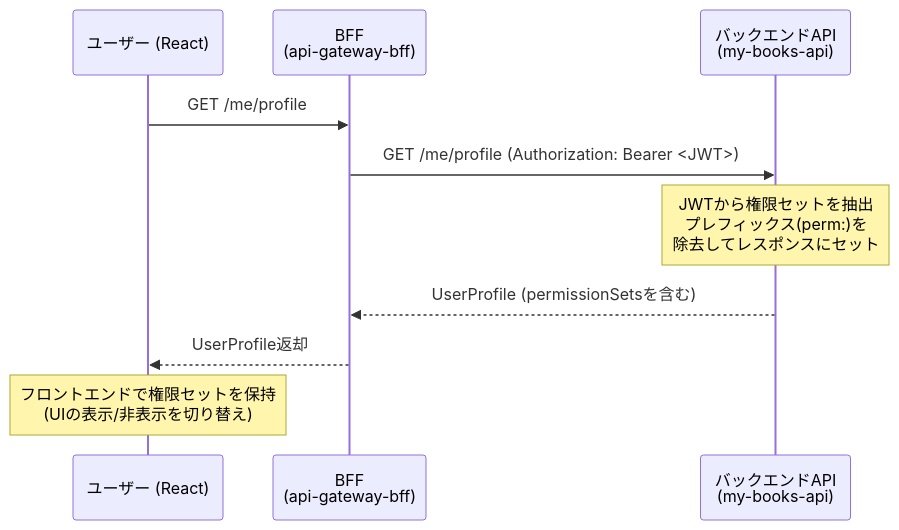
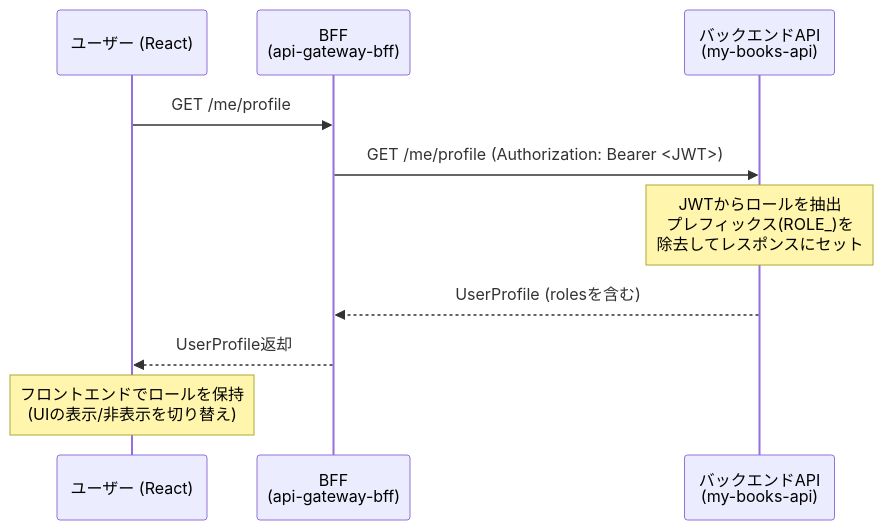
Before and after one commit to Ndia-R/my-books-frontend: the second of 2 diagrams in docs/ROLE-DESIGN.md, drawn with Mermaid. The commit also changed other lines of this file and 18 other files, not shown here.

````diff
--- a/docs/ROLE-DESIGN.md
+++ b/docs/ROLE-DESIGN.md
@@ -225,14 +206,14 @@
 ```mermaid
 sequenceDiagram
     participant User as ユーザー (React)
     participant BFF as BFF<br>(api-gateway-bff)
     participant API as バックエンドAPI<br>(my-books-api)
 
     User->>BFF: GET /me/profile
     BFF->>API: GET /me/profile (Authorization: Bearer <JWT>)
 
-    Note over API: JWTから権限セットを抽出<br>プレフィックス(perm:)を<br>除去してレスポンスにセット
-    API-->>BFF: UserProfile (permissionSetsを含む)
+    Note over API: JWTからロールを抽出<br>プレフィックス(ROLE_)を<br>除去してレスポンスにセット
+    API-->>BFF: UserProfile (rolesを含む)
     BFF-->>User: UserProfile返却
-    Note over User: フロントエンドで権限セットを保持<br/>(UIの表示/非表示を切り替え)
+    Note over User: フロントエンドでロールを保持<br/>(UIの表示/非表示を切り替え)
 ```
````
